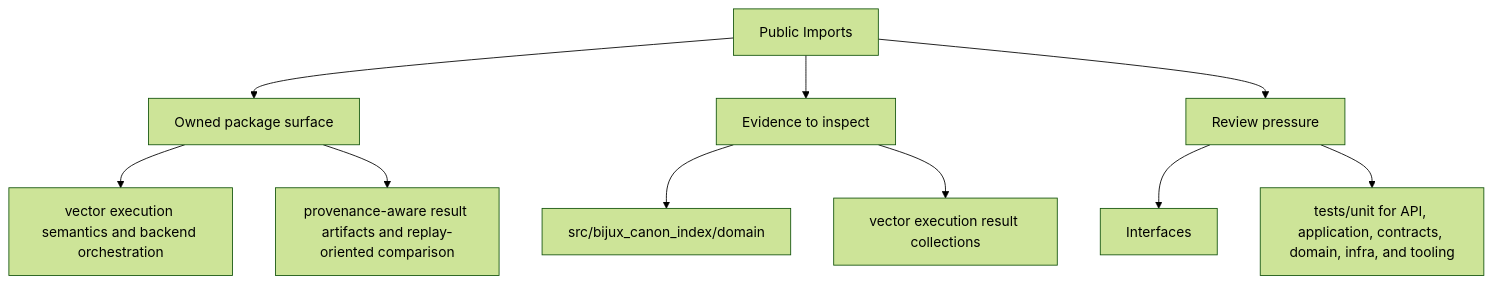
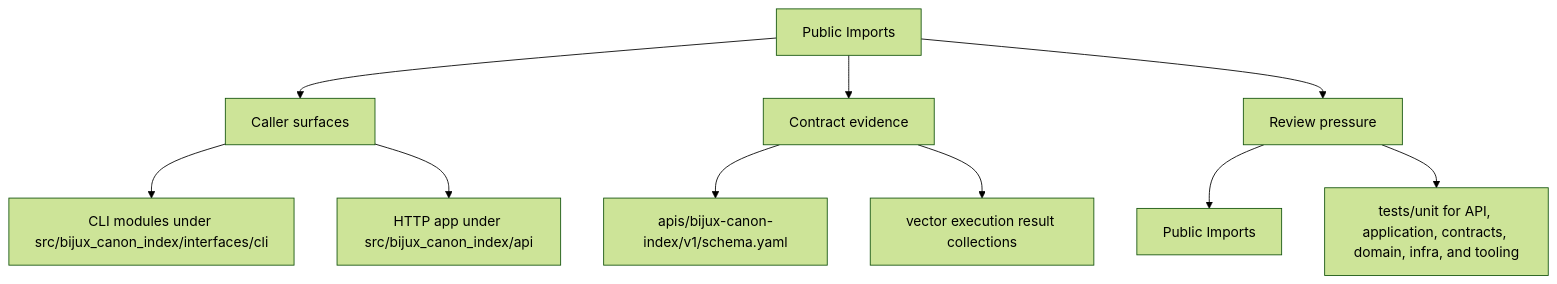
One commit to bijux/bijux-canon changed the second of 2 diagrams in docs/bijux-canon-index/interfaces/public-imports.md. Above: the diagram before and after it, drawn with Mermaid (forest theme). The commit also changed other lines of this file and 250 other files, not shown here.

Commit message:
docs(diagrams): make product page maps more readable

````diff
--- a/docs/bijux-canon-index/interfaces/public-imports.md
+++ b/docs/bijux-canon-index/interfaces/public-imports.md
@@ -35,22 +35,22 @@
 ```mermaid
 flowchart TD
     page["Public Imports"]
-    focus1["Owned package surface"]
+    focus1["Caller surfaces"]
     page --> focus1
-    focus1_1["vector execution semantics and backend orchestration"]
+    focus1_1["CLI modules under src/bijux_canon_index/interfaces/cli"]
     focus1 --> focus1_1
-    focus1_2["provenance-aware result artifacts and replay-oriented comparison"]
+    focus1_2["HTTP app under src/bijux_canon_index/api"]
     focus1 --> focus1_2
-    focus2["Evidence to inspect"]
+    focus2["Contract evidence"]
     page --> focus2
-    focus2_1["src/bijux_canon_index/domain"]
+    focus2_1["apis/bijux-canon-index/v1/schema.yaml"]
     focus2 --> focus2_1
     focus2_2["vector execution result collections"]
     focus2 --> focus2_2
     focus3["Review pressure"]
     page --> focus3
-    focus3_1["Interfaces"]
+    focus3_1["Public Imports"]
     focus3 --> focus3_1
     focus3_2["tests/unit for API, application, contracts, domain, infra, and tooling"]
     focus3 --> focus3_2
 ```
````
